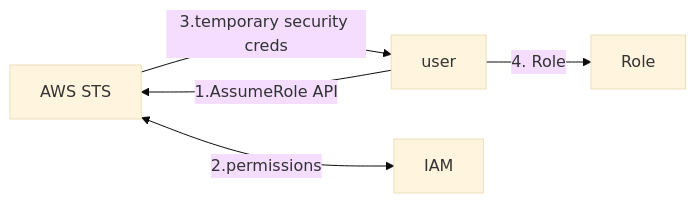
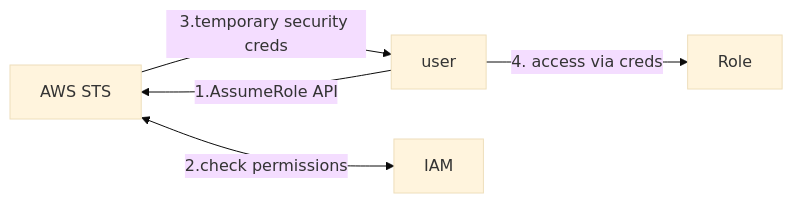
One commit to cool21540125/documentation-notes changed the second of 11 diagrams in aws/iam.md. Above: the diagram before and after it, drawn with Mermaid (base theme). The commit also changed other lines of this file and 2 other files, not shown here.

Commit message:
IAM - identity federation

````diff
--- a/aws/iam.md
+++ b/aws/iam.md
@@ -117,10 +183,10 @@
 ```mermaid
 flowchart LR
 
 sts["AWS STS"]
 
 user -- 1.AssumeRole API --> sts;
-sts <-- 2.permissions --> IAM;
+sts <-- 2.check permissions --> IAM;
 sts -- 3.temporary security creds --> user;
-user -- 4. Role --> Role;
+user -- 4. access via creds --> Role;
 ```
````
